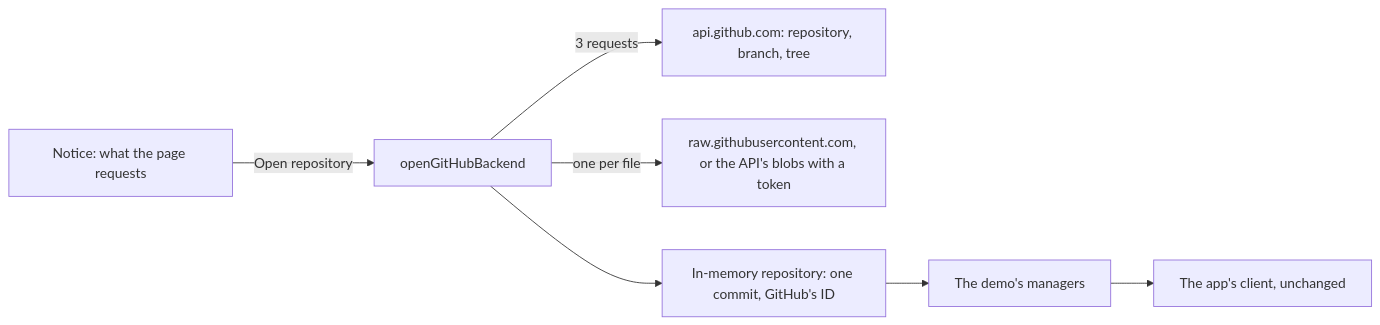
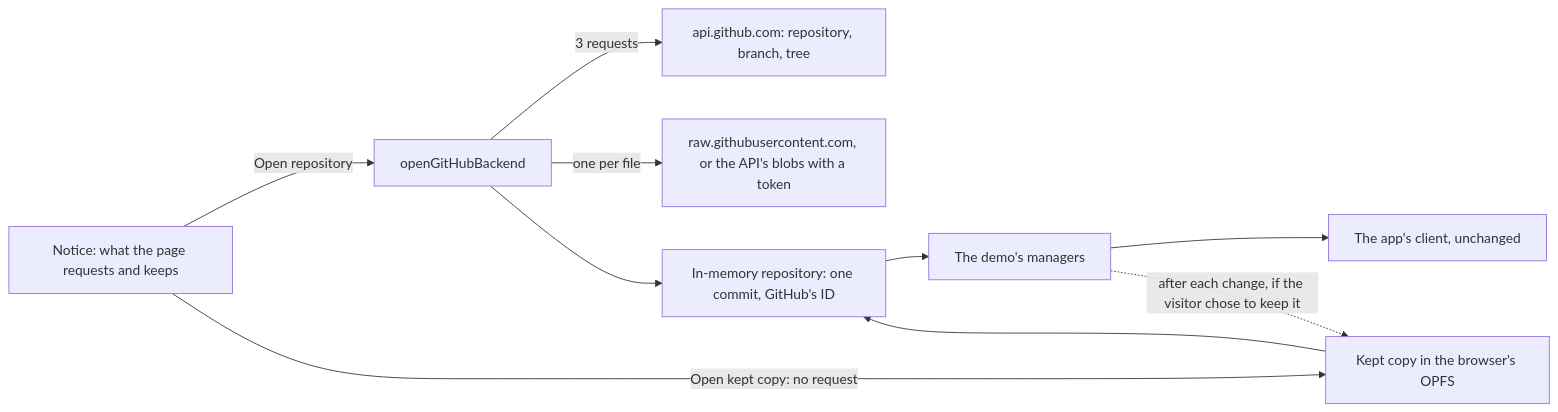
Before and after one commit to genbeya/genbeya: the diagram in docs/Architecture/GitHub.md, drawn with Mermaid. The commit also changed other lines of this file and 25 other files, not shown here.

````diff
--- a/docs/Architecture/GitHub.md
+++ b/docs/Architecture/GitHub.md
@@ -12,8 +12,11 @@
 ```mermaid
 flowchart LR
-  notice[Notice: what the page requests] -- "Open repository" --> backend[openGitHubBackend]
+  notice[Notice: what the page requests and keeps] -- "Open repository" --> backend[openGitHubBackend]
+  notice -- "Open kept copy: no request" --> kept[Kept copy in the browser's OPFS]
+  kept --> memory
   backend -- "3 requests" --> api[api.github.com: repository, branch, tree]
   backend -- "one per file" --> raw[raw.githubusercontent.com, or the API's blobs with a token]
   backend --> memory[In-memory repository: one commit, GitHub's ID]
   memory --> managers[The demo's managers] --> client[The app's client, unchanged]
+  managers -. "after each change, if the visitor chose to keep it" .-> kept
 ```
````
